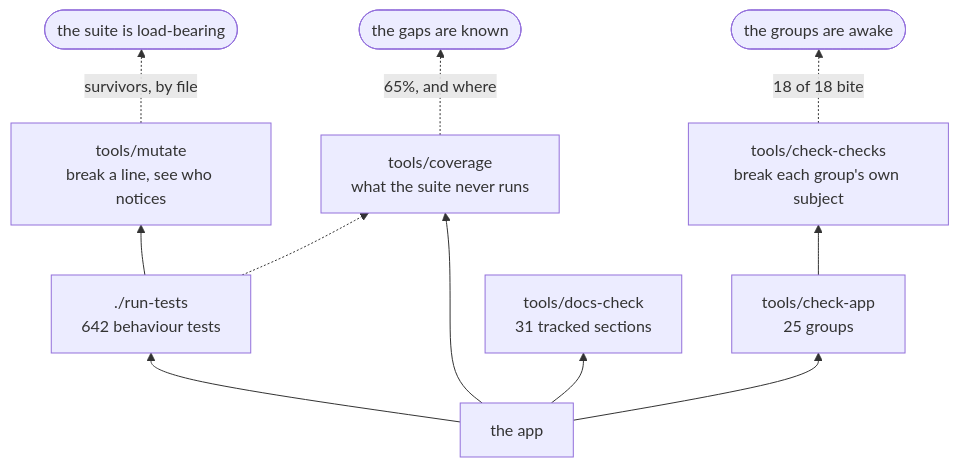
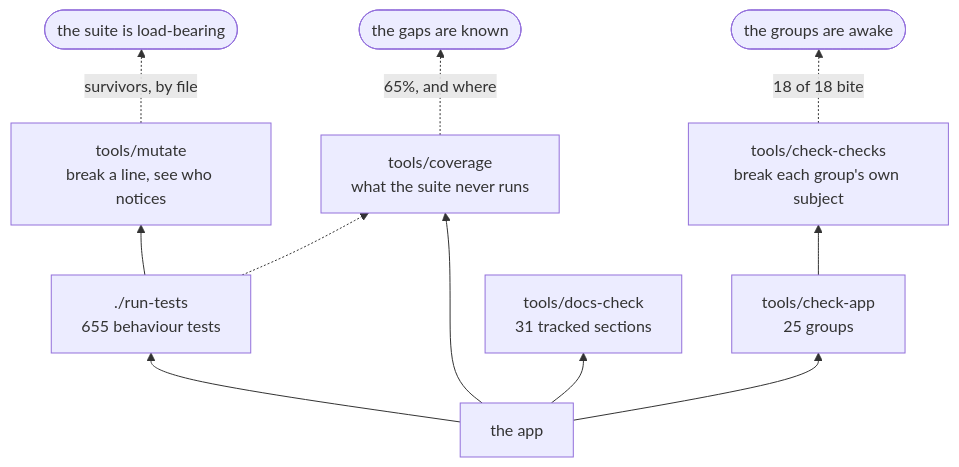
Before and after one commit to minormending/crystal-pilot-mobile: the second of 2 diagrams in docs/DEVELOPING.md, drawn with Mermaid. The commit also changed other lines of this file and 6 other files, not shown here.

````diff
--- a/docs/DEVELOPING.md
+++ b/docs/DEVELOPING.md
@@ -125,13 +126,13 @@
 ```mermaid
 flowchart BT
-    C["the app"] --> T["./run-tests<br/>642 behaviour tests"]
+    C["the app"] --> T["./run-tests<br/>655 behaviour tests"]
     C --> A["tools/check-app<br/>25 groups"]
     C --> D["tools/docs-check<br/>31 tracked sections"]
     C --> V["tools/coverage<br/>what the suite never runs"]
     T --> M["tools/mutate<br/>break a line, see who notices"]
     A --> K["tools/check-checks<br/>break each group's own subject"]
     T -.-> V
     M -.->|"survivors, by file"| R(["the suite is load-bearing"])
     K -.->|"18 of 18 bite"| R2(["the groups are awake"])
     V -.->|"65%, and where"| R3(["the gaps are known"])
 ```
````
